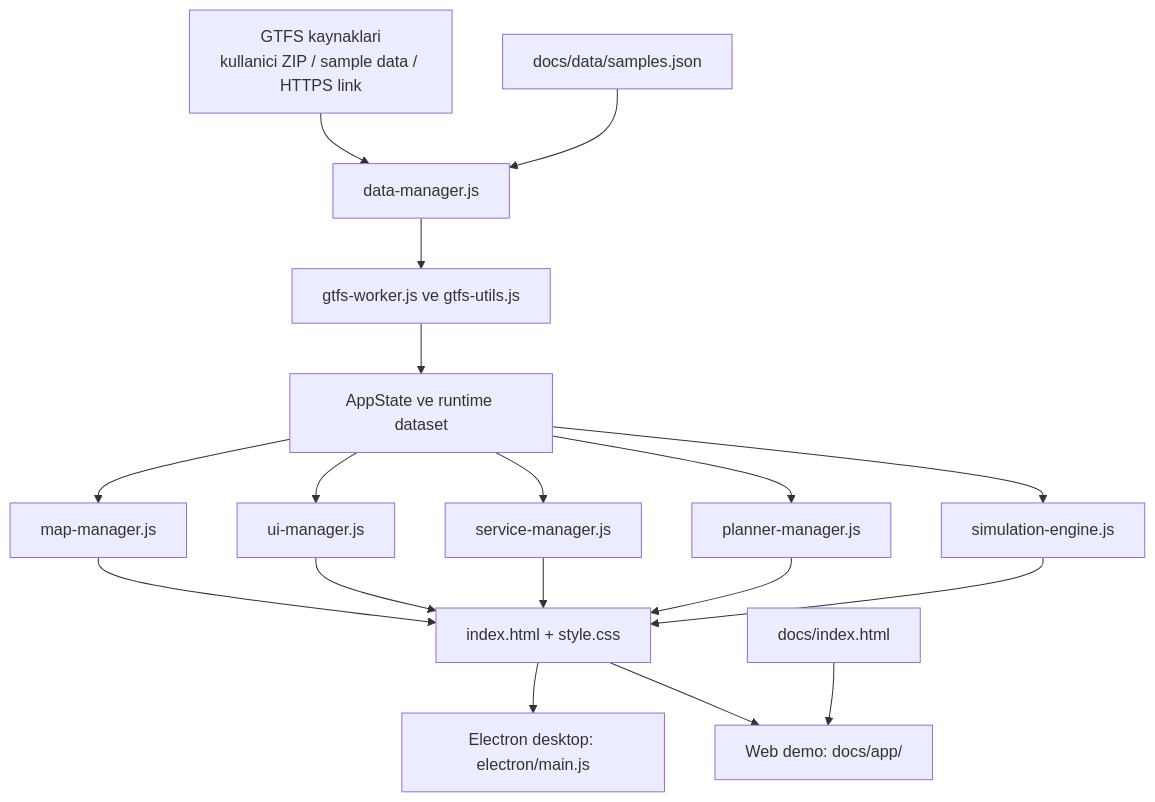
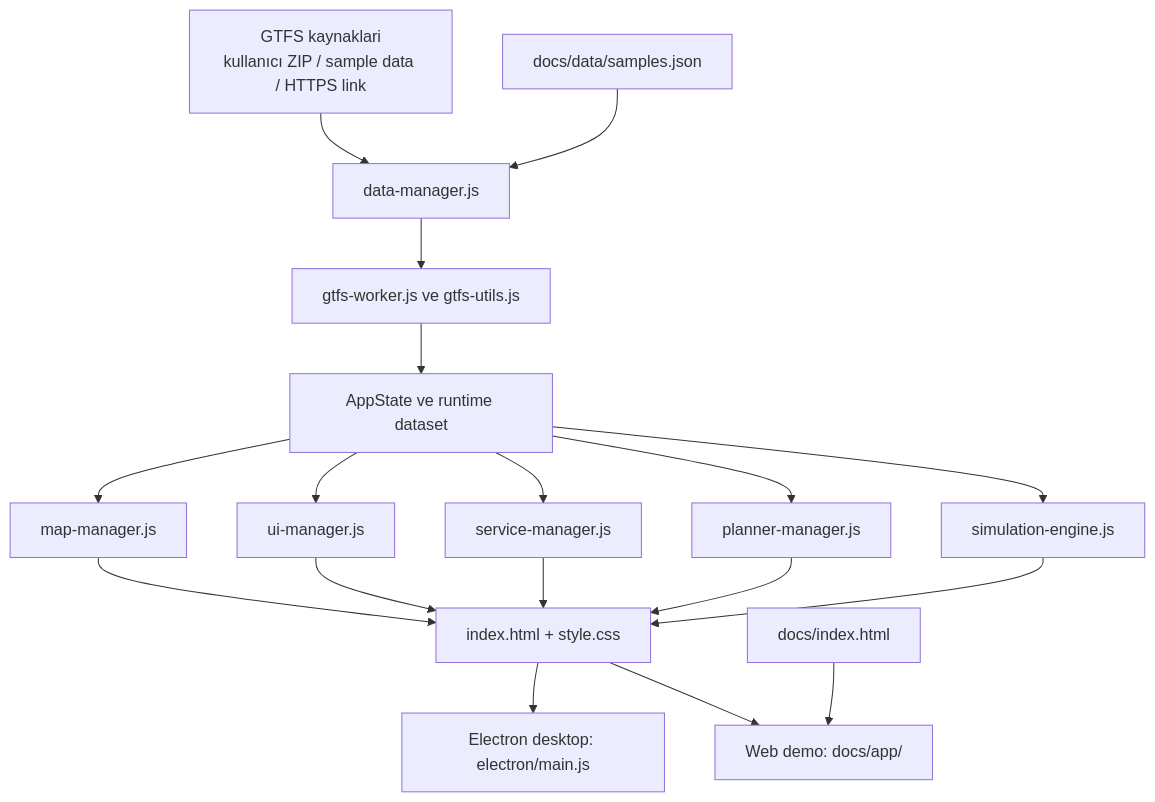
One commit to ttezer/gtfs-city changed the diagram in docs/repo/repo-akisi.md. Above: the diagram before and after it, drawn with Mermaid. The commit also changed other lines of this file and 6 other files, not shown here.

````diff
--- a/docs/repo/repo-akisi.md
+++ b/docs/repo/repo-akisi.md
@@ -142,20 +142,20 @@
 ```mermaid
 flowchart TD
-    A["GTFS kaynaklari<br/>kullanici ZIP / sample data / HTTPS link"] --> B["data-manager.js"]
+    A["GTFS kaynaklari<br/>kullanıcı ZIP / sample data / HTTPS link"] --> B["data-manager.js"]
     B --> C["gtfs-worker.js ve gtfs-utils.js"]
     C --> D["AppState ve runtime dataset"]
     D --> E["map-manager.js"]
     D --> F["ui-manager.js"]
     D --> G["service-manager.js"]
     D --> H["planner-manager.js"]
     D --> I["simulation-engine.js"]
     E --> J["index.html + style.css"]
     F --> J
     G --> J
     H --> J
     I --> J
     J --> K["Electron desktop: electron/main.js"]
     J --> L["Web demo: docs/app/"]
     M["docs/index.html"] --> L
     N["docs/data/samples.json"] --> B
 ```
````
